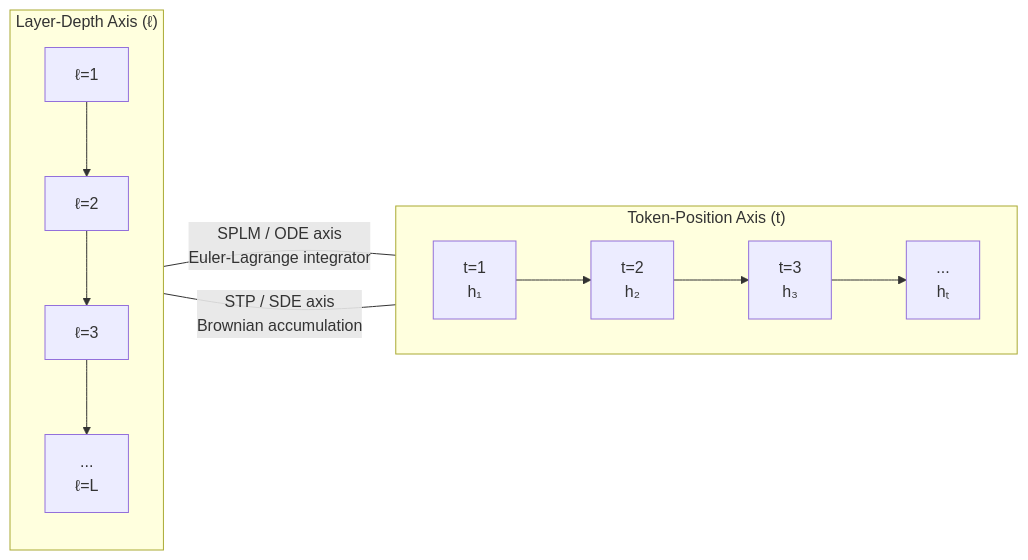
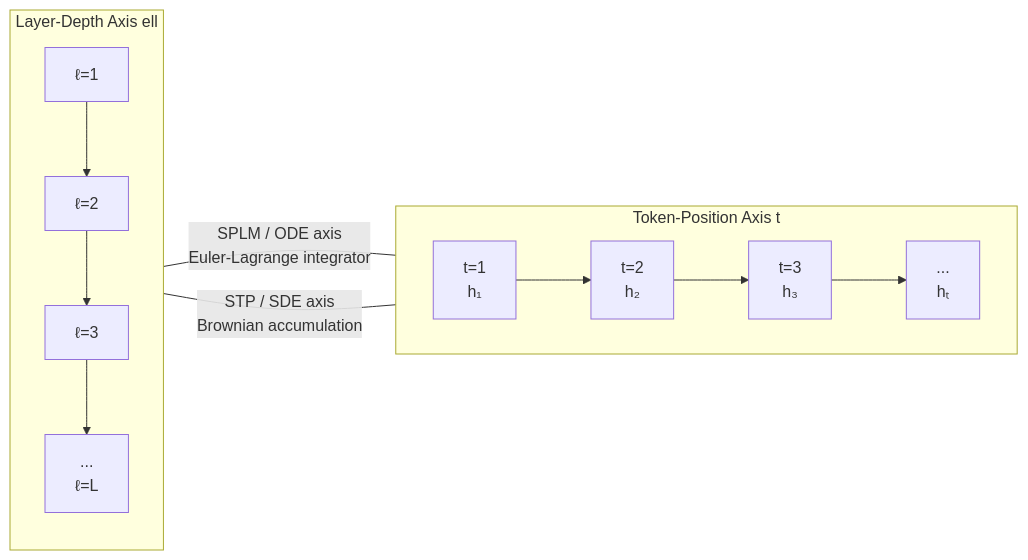
The second of 4 diagrams in companion_notes/The_Impact_of_Brownian_Motion_on_Perplexity_in_Attention-Based_Transformers_and_SPLM.md (dimitarpg13/semsimula-paper), drawn with Mermaid before and after one commit. The commit also changed other lines of this file and 32 other files, not shown here.

First line of the commit message:
clean up GitHub-KaTeX/Mermaid violations across companion_notes/ + notebooks/

````diff
--- a/companion_notes/The_Impact_of_Brownian_Motion_on_Perplexity_in_Attention-Based_Transformers_and_SPLM.md
+++ b/companion_notes/The_Impact_of_Brownian_Motion_on_Perplexity_in_Attention-Based_Transformers_and_SPLM.md
@@ -289,13 +289,13 @@
 ```mermaid
 flowchart LR
-    subgraph Token_Position["Token-Position Axis (t)"]
+    subgraph Token_Position [Token-Position Axis t]
         direction LR
         T1["t=1\nh₁"] --> T2["t=2\nh₂"] --> T3["t=3\nh₃"] --> T4["...\nhₜ"]
     end
-    subgraph Layer_Depth["Layer-Depth Axis (ℓ)"]
+    subgraph Layer_Depth [Layer-Depth Axis ell]
         direction TB
         L1["ℓ=1"] --> L2["ℓ=2"] --> L3["ℓ=3"] --> L4["...\nℓ=L"]
     end
     Token_Position -- "STP / SDE axis\nBrownian accumulation" --- Layer_Depth
     Layer_Depth -- "SPLM / ODE axis\nEuler-Lagrange integrator" --- Token_Position
 ```
````
